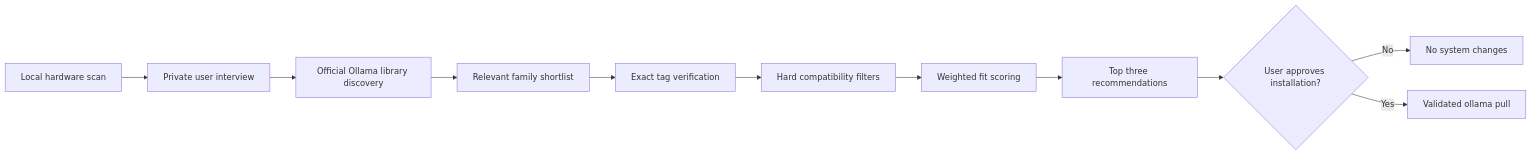
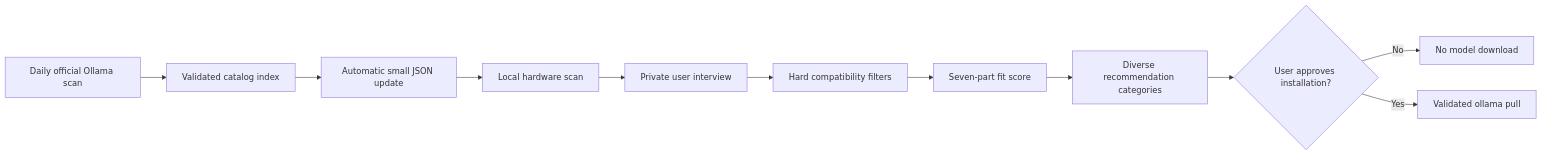
One commit to SultanAlfaifi/alfaifi-model-advisor changed the diagram in docs/RECOMMENDATION_METHODOLOGY.md. Above: the diagram before and after it, drawn with Mermaid. The commit also changed other lines of this file and 46 other files, not shown here.

Commit message:
Release Mustakshif desktop and unbiased model catalog

````diff
--- a/docs/RECOMMENDATION_METHODOLOGY.md
+++ b/docs/RECOMMENDATION_METHODOLOGY.md
@@ -14,13 +26,13 @@
 ```mermaid
 flowchart LR
-    A[Local hardware scan] --> B[Private user interview]
-    B --> C[Official Ollama library discovery]
-    C --> D[Relevant family shortlist]
-    D --> E[Exact tag verification]
+    A[Daily official Ollama scan] --> B[Validated catalog index]
+    B --> C[Automatic small JSON update]
+    C --> D[Local hardware scan]
+    D --> E[Private user interview]
     E --> F[Hard compatibility filters]
-    F --> G[Weighted fit scoring]
-    G --> H[Top three recommendations]
+    F --> G[Seven-part fit score]
+    G --> H[Diverse recommendation categories]
     H --> I{User approves installation?}
-    I -- No --> J[No system changes]
+    I -- No --> J[No model download]
     I -- Yes --> K[Validated ollama pull]
 ```
````
